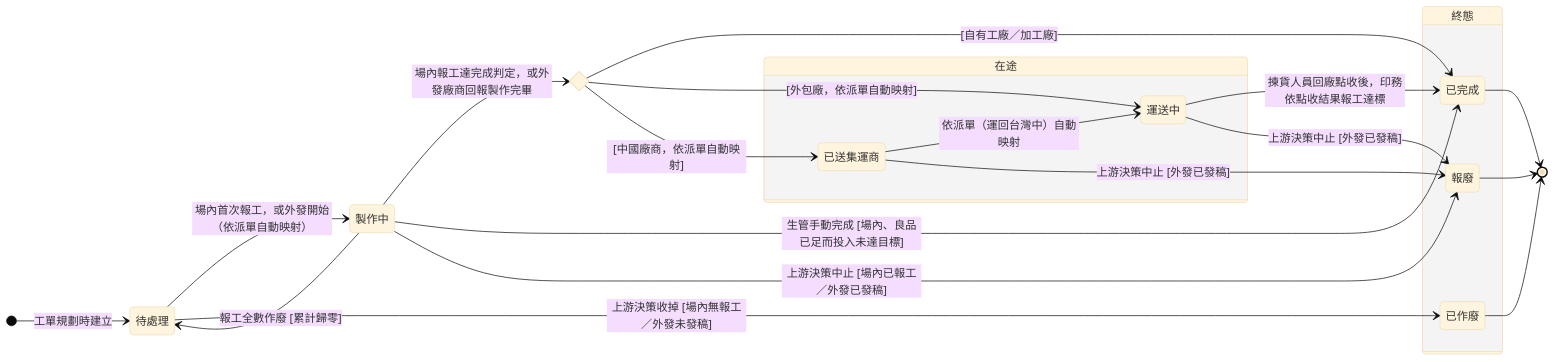
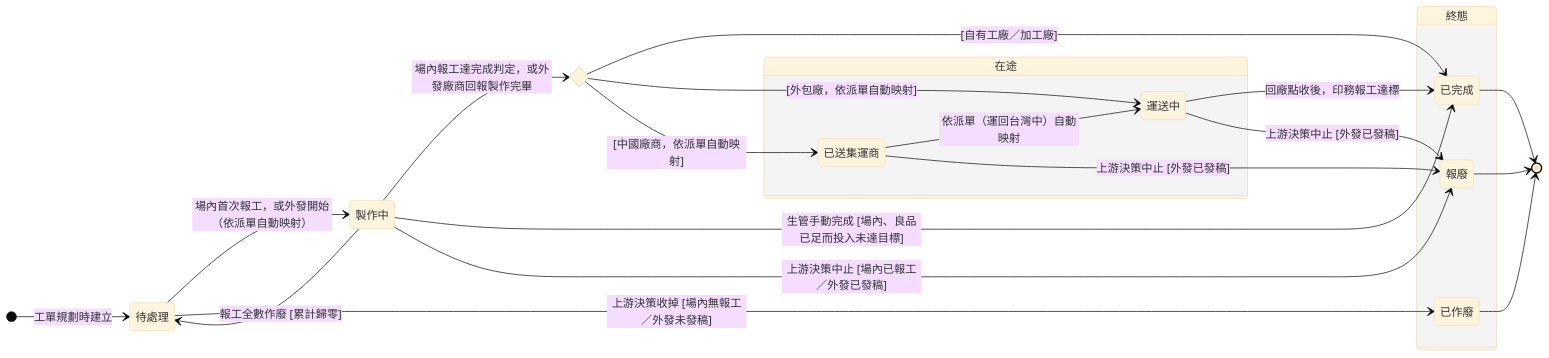
The diagram in memory/Sens_wiki/wiki/erp/06-state-machines/生產任務狀態.md (Kawato-Miles/erp-spec), drawn with Mermaid (base theme) before and after one commit. The commit also changed other lines of this file and 22 other files, not shown here.

````diff
--- a/memory/Sens_wiki/wiki/erp/06-state-machines/生產任務狀態.md
+++ b/memory/Sens_wiki/wiki/erp/06-state-machines/生產任務狀態.md
@@ -51,42 +51,42 @@
 ```mermaid
 stateDiagram-v2
     direction LR
 
     [*] --> s_pending : 工單規劃時建立
 
     state "待處理" as s_pending
     state "製作中" as s_making
     state route <<choice>>
 
     state "在途" as Transit {
         direction LR
         state "已送集運商" as s_consolidator
         state "運送中" as s_shipping
         s_consolidator --> s_shipping : 依派單（運回台灣中）自動映射
     }
 
     state "終態" as Final {
         state "已完成" as s_done
         state "已作廢" as s_void
         state "報廢" as s_scrap
     }
 
     s_pending --> s_making : 場內首次報工，或外發開始（依派單自動映射）
     s_making --> route : 場內報工達完成判定，或外發廠商回報製作完畢
     route --> s_done : [自有工廠／加工廠]
     route --> s_shipping : [外包廠，依派單自動映射]
     route --> s_consolidator : [中國廠商，依派單自動映射]
-    s_shipping --> s_done : 揀貨人員回廠點收後，印務依點收結果報工達標
+    s_shipping --> s_done : 回廠點收後，印務報工達標
     s_making --> s_done : 生管手動完成 [場內、良品已足而投入未達目標]
 
     s_making --> s_pending : 報工全數作廢 [累計歸零]
 
     s_pending --> s_void : 上游決策收掉 [場內無報工／外發未發稿]
     s_making --> s_scrap : 上游決策中止 [場內已報工／外發已發稿]
     s_consolidator --> s_scrap : 上游決策中止 [外發已發稿]
     s_shipping --> s_scrap : 上游決策中止 [外發已發稿]
 
     s_done --> [*]
     s_void --> [*]
     s_scrap --> [*]
 ```
````
